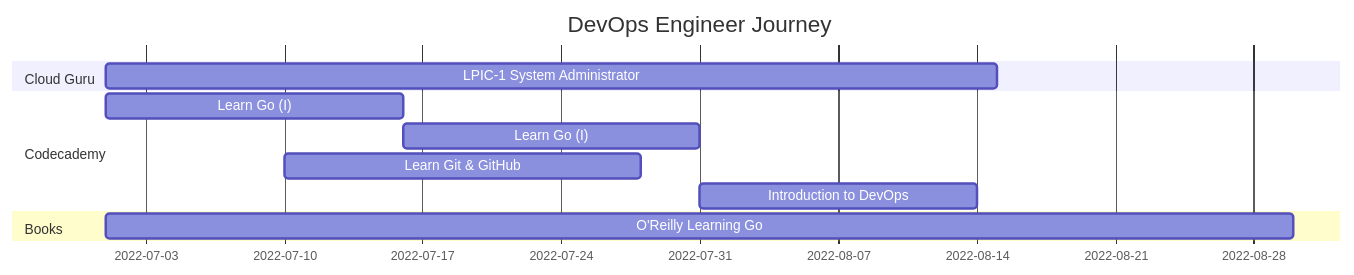
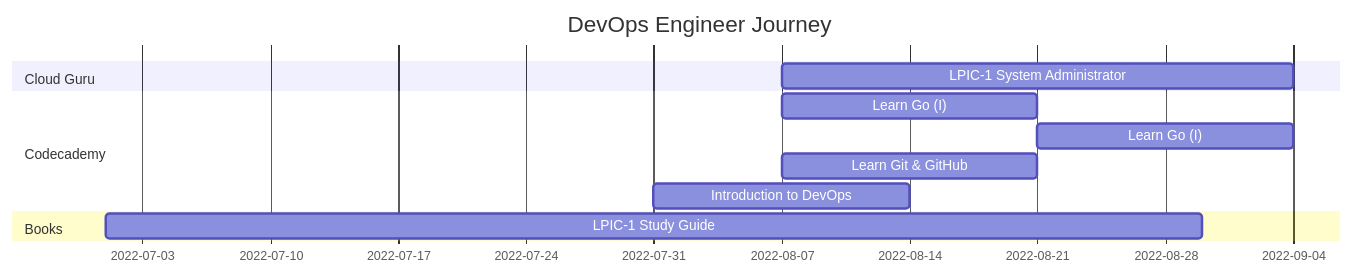
One commit to HorningGit/Rayquaza_Resources changed the diagram in README.md. Above: the diagram before and after it, drawn with Mermaid.

````diff
--- a/README.md
+++ b/README.md
@@ -4,14 +4,14 @@
 ```mermaid
 gantt
     title DevOps Engineer Journey
     dateFormat  YYYY-MM-DD
     section Cloud Guru
-    LPIC-1 System Administrator    :a1, 2022-07-01, 45d
+    LPIC-1 System Administrator     :a1, 2022-08-07, 28d
     section Codecademy
-    Learn Go (I)        :a1, 2022-07-01, 15d
-    Learn Go (I)        :a2, 2022-07-16, 15d
-    Learn Git & GitHub        :a1, 2022-07-10, 18d
-    Introduction to DevOps        :a3, 2022-07-31, 14d
+    Learn Go (I)                    :a1, 2022-08-07, 14d
+    Learn Go (I)                    :a2, 2022-08-21, 14d
+    Learn Git & GitHub              :a1, 2022-08-07, 14d
+    Introduction to DevOps          :a3, 2022-07-31, 14d
     section Books
-    O'Reilly Learning Go        :a1, 2022-07-01, 60d
+    LPIC-1 Study Guide              :a1, 2022-07-01, 60d
 ```
````
